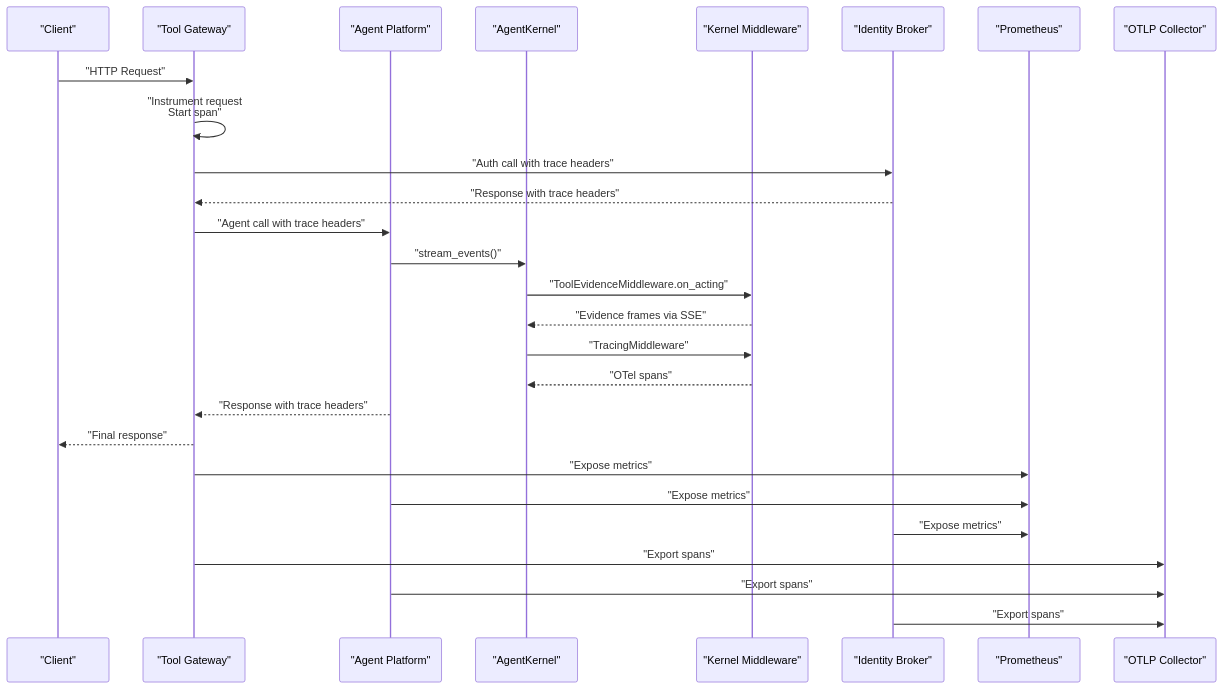
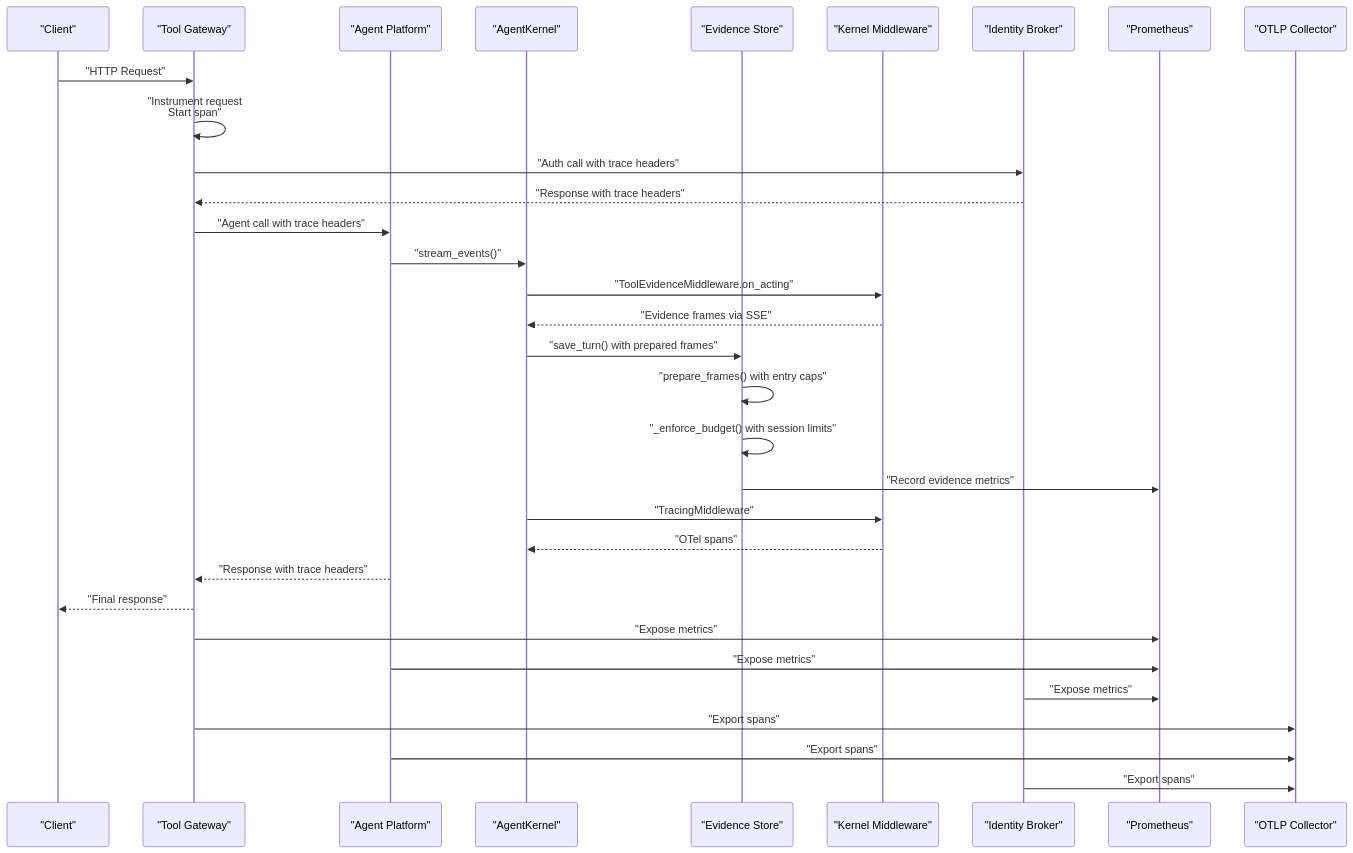
One commit to metasync/luban-aiops changed the second of 3 diagrams in .qoder/repowiki/en/content/Agent Platform Service/Observability and Monitoring.md. Above: the diagram before and after it, drawn with Mermaid. The commit also changed other lines of this file and 8 other files, not shown here.

````diff
--- a/.qoder/repowiki/en/content/Agent Platform Service/Observability and Monitoring.md
+++ b/.qoder/repowiki/en/content/Agent Platform Service/Observability and Monitoring.md
@@ -172,29 +184,34 @@
 ```mermaid
 sequenceDiagram
 participant Client as "Client"
 participant Gateway as "Tool Gateway"
 participant Agent as "Agent Platform"
 participant Kernel as "AgentKernel"
+participant EvidenceStore as "Evidence Store"
 participant Middleware as "Kernel Middleware"
 participant Identity as "Identity Broker"
 participant Prom as "Prometheus"
 participant OTLP as "OTLP Collector"
 Client->>Gateway : "HTTP Request"
 Gateway->>Gateway : "Instrument request<br/>Start span"
 Gateway->>Identity : "Auth call with trace headers"
 Identity-->>Gateway : "Response with trace headers"
 Gateway->>Agent : "Agent call with trace headers"
 Agent->>Kernel : "stream_events()"
 Kernel->>Middleware : "ToolEvidenceMiddleware.on_acting"
 Middleware-->>Kernel : "Evidence frames via SSE"
+Kernel->>EvidenceStore : "save_turn() with prepared frames"
+EvidenceStore->>EvidenceStore : "prepare_frames() with entry caps"
+EvidenceStore->>EvidenceStore : "_enforce_budget() with session limits"
+EvidenceStore->>Prom : "Record evidence metrics"
 Kernel->>Middleware : "TracingMiddleware"
 Middleware-->>Kernel : "OTel spans"
 Agent-->>Gateway : "Response with trace headers"
 Gateway-->>Client : "Final response"
 Gateway->>Prom : "Expose metrics"
 Agent->>Prom : "Expose metrics"
 Identity->>Prom : "Expose metrics"
 Gateway->>OTLP : "Export spans"
 Agent->>OTLP : "Export spans"
 Identity->>OTLP : "Export spans"
 ```
````
